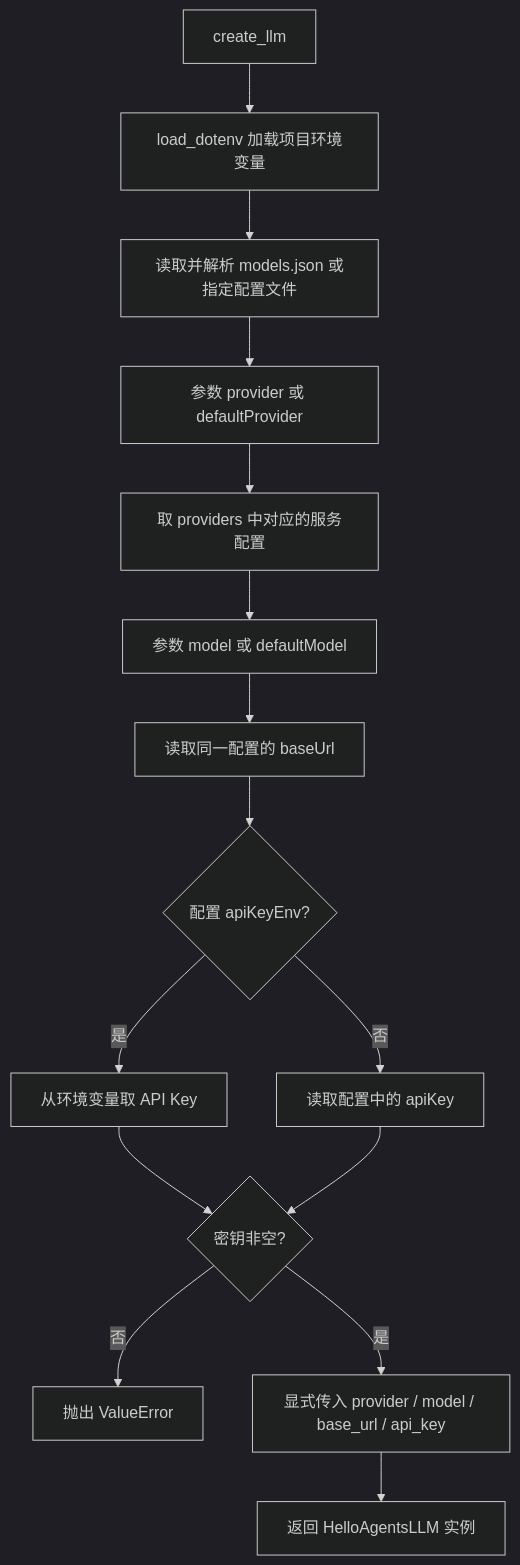
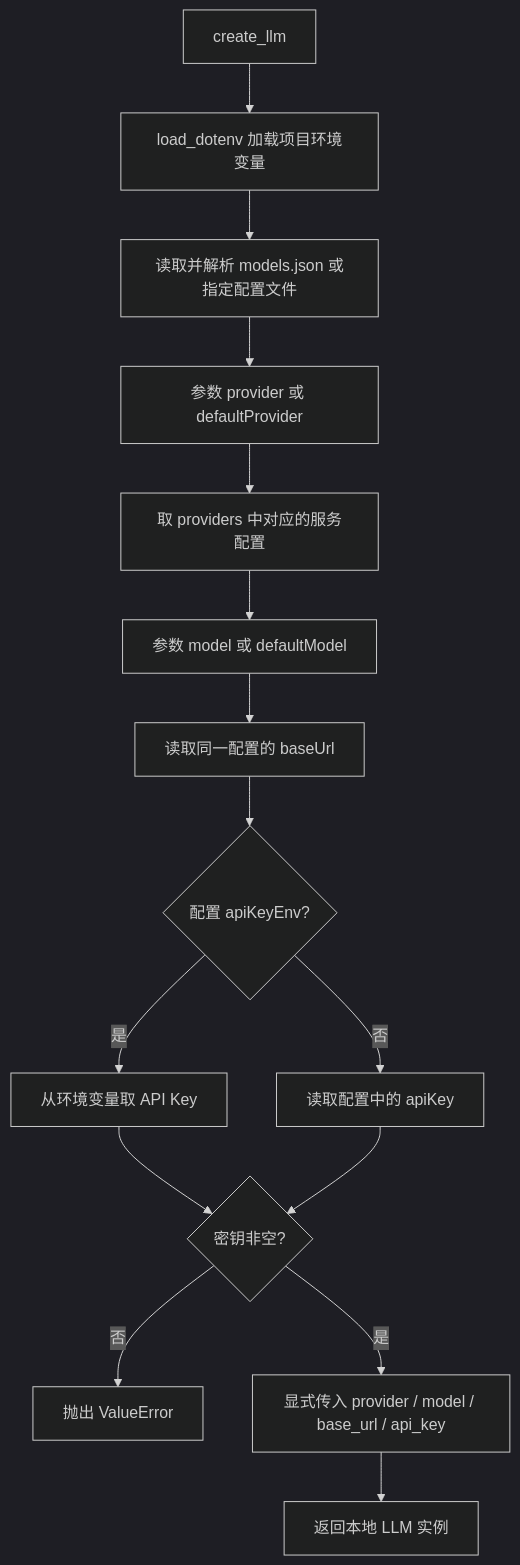
One commit to SWAlbert-0/agent-practice changed the first of 11 diagrams in docs/flows/核心代码流程.md. Above: the diagram before and after it, drawn with Mermaid (dark theme). The commit also changed other lines of this file and 40 other files, not shown here.

````diff
--- a/docs/flows/核心代码流程.md
+++ b/docs/flows/核心代码流程.md
@@ -13,17 +13,17 @@
 ```mermaid
 flowchart TD
     A[create_llm] --> B[load_dotenv 加载项目环境变量]
     B --> C[读取并解析 models.json 或指定配置文件]
     C --> D[参数 provider 或 defaultProvider]
     D --> E[取 providers 中对应的服务配置]
     E --> F[参数 model 或 defaultModel]
     F --> G[读取同一配置的 baseUrl]
     G --> H{配置 apiKeyEnv?}
     H -->|是| I[从环境变量取 API Key]
     H -->|否| J[读取配置中的 apiKey]
     I --> K{密钥非空?}
     J --> K
     K -->|否| L[抛出 ValueError]
     K -->|是| M[显式传入 provider / model / base_url / api_key]
-    M --> N[返回 HelloAgentsLLM 实例]
+    M --> N[返回本地 LLM 实例]
 ```
````
